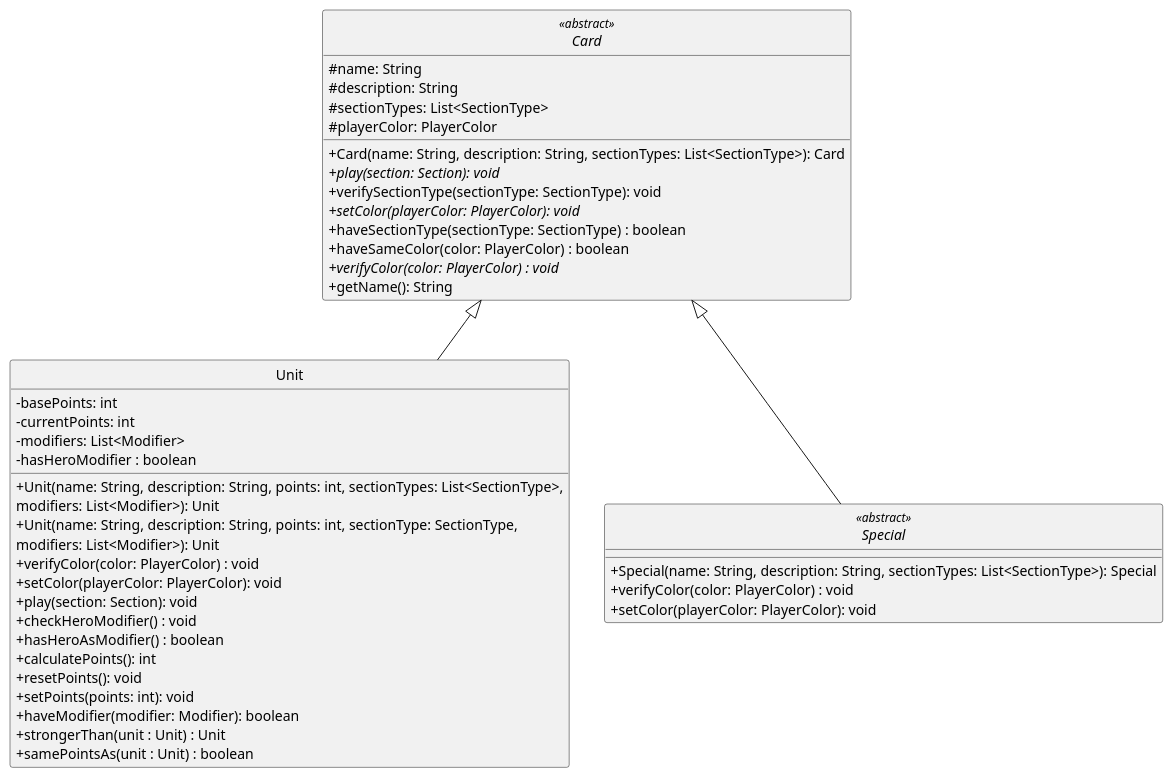
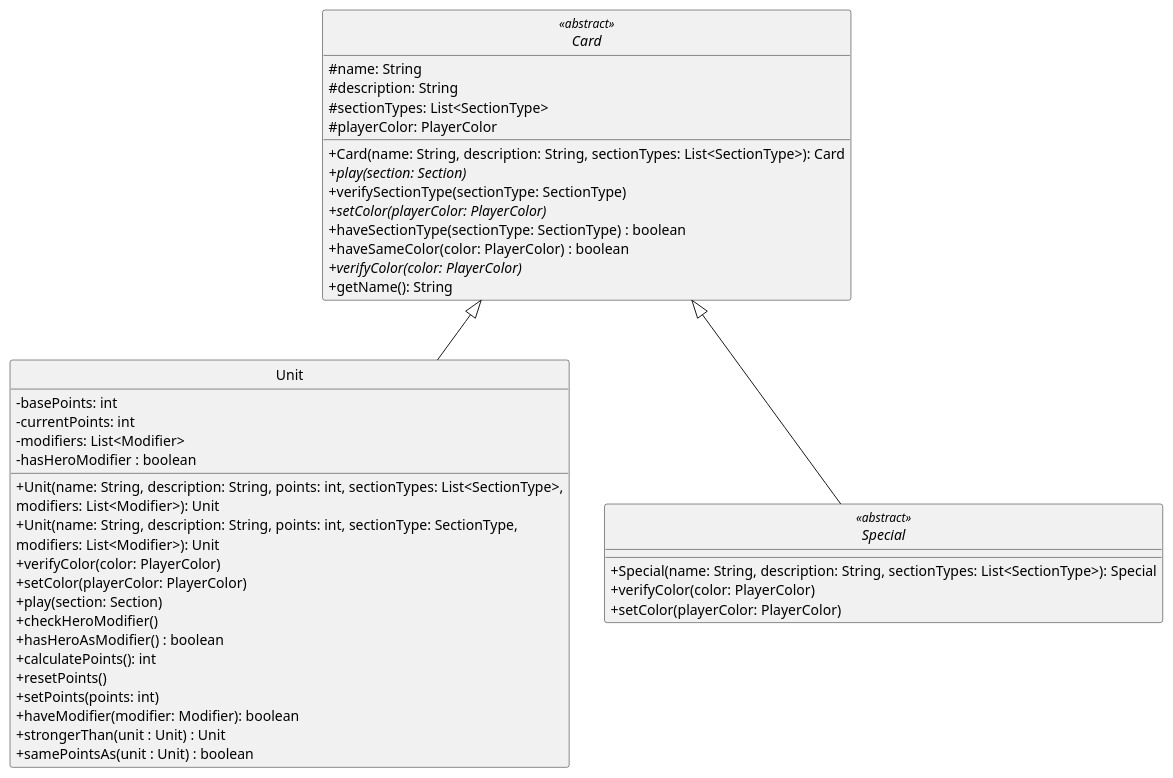
One commit to Yonhir/algo3_proyecto_base_tp2 changed the diagram in diagrams/classes/cards.plantuml. Above: the diagram before and after it, drawn with PlantUML. The commit also changed 3 other files, not shown here.

```diff
--- a/diagrams/classes/cards.plantuml
+++ b/diagrams/classes/cards.plantuml
@@ -1,61 +1,61 @@
 @startuml
 
 skinparam monochrome true
 hide circle
 skinparam classAttributeIconSize 0
 
 ' =====================
 ' CARD HIERARCHY
 ' =====================
 
 abstract class Card <<abstract>> {
   #name: String
   #description: String
   #sectionTypes: List<SectionType>
   #playerColor: PlayerColor
   +Card(name: String, description: String, sectionTypes: List<SectionType>): Card
-  +{abstract}play(section: Section): void
-  +verifySectionType(sectionType: SectionType): void
-  +{abstract}setColor(playerColor: PlayerColor): void
+  +{abstract}play(section: Section)
+  +verifySectionType(sectionType: SectionType)
+  +{abstract}setColor(playerColor: PlayerColor)
   +haveSectionType(sectionType: SectionType) : boolean
   +haveSameColor(color: PlayerColor) : boolean
-  +{abstract}verifyColor(color: PlayerColor) : void
+  +{abstract}verifyColor(color: PlayerColor)
   +getName(): String
 }
 
 class Unit {
   -basePoints: int
   -currentPoints: int
   -modifiers: List<Modifier>
   -hasHeroModifier : boolean
   +Unit(name: String, description: String, points: int, sectionTypes: List<SectionType>,
   modifiers: List<Modifier>): Unit
   +Unit(name: String, description: String, points: int, sectionType: SectionType,
   modifiers: List<Modifier>): Unit
-  +verifyColor(color: PlayerColor) : void
-  +setColor(playerColor: PlayerColor): void
-  +play(section: Section): void
-  +checkHeroModifier() : void
+  +verifyColor(color: PlayerColor)
+  +setColor(playerColor: PlayerColor)
+  +play(section: Section)
+  +checkHeroModifier()
   +hasHeroAsModifier() : boolean
   +calculatePoints(): int
-  +resetPoints(): void
-  +setPoints(points: int): void
+  +resetPoints()
+  +setPoints(points: int)
   +haveModifier(modifier: Modifier): boolean
   +strongerThan(unit : Unit) : Unit
   +samePointsAs(unit : Unit) : boolean
 }
 
 abstract class Special <<abstract>> {
   +Special(name: String, description: String, sectionTypes: List<SectionType>): Special
-  +verifyColor(color: PlayerColor) : void
-  +setColor(playerColor: PlayerColor): void
+  +verifyColor(color: PlayerColor)
+  +setColor(playerColor: PlayerColor)
 }
 
 ' =====================
 ' RELATIONSHIPS
 ' =====================
 
 Card <|-- Unit
 Card <|-- Special
 
 @enduml
```
